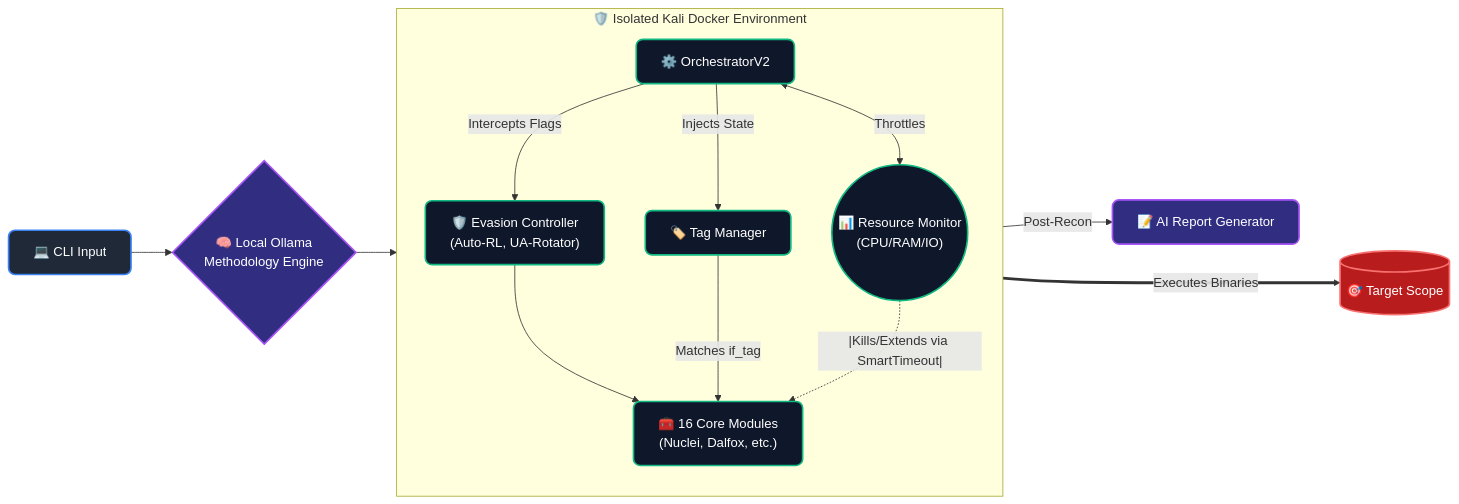
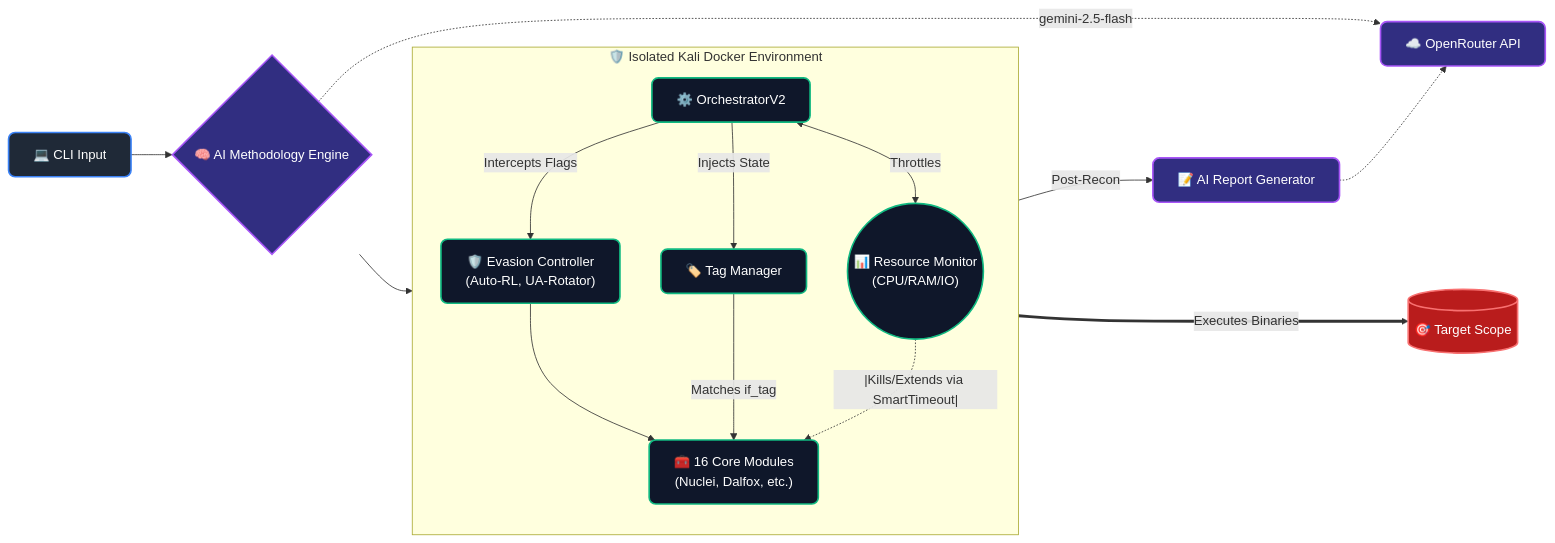
The first of 2 diagrams in README.md (HuntForgeHQ/huntforge), drawn with Mermaid before and after one commit. The commit also changed other lines of this file and 1 other file, not shown here.

Commit message:
docs: Correct AI provider to OpenRouter in README and requirements

````diff
--- a/README.md
+++ b/README.md
@@ -50,25 +50,27 @@
 ```mermaid
 flowchart LR
     %% Theming
     classDef control fill:#1f2937,stroke:#3b82f6,stroke-width:2px,color:#fff,rx:8,ry:8
     classDef ai fill:#312e81,stroke:#a855f7,stroke-width:2px,color:#fff,rx:8,ry:8
     classDef system fill:#0f172a,stroke:#10b981,stroke-width:2px,color:#fff,rx:8,ry:8
     classDef external fill:#b91c1c,stroke:#f87171,stroke-width:2px,color:#fff,rx:15,ry:15
 
     %% Nodes
-    A["💻 CLI Input"]:::control --> B{"🧠 Local Ollama\nMethodology Engine"}:::ai
+    A["💻 CLI Input"]:::control --> B{"🧠 AI Methodology Engine"}:::ai
     B --> C["⚙️ OrchestratorV2"]:::system
+    B -. "gemini-2.5-flash" .-> OR["☁️ OpenRouter API"]:::ai
     C --> |Post-Recon| Rep["📝 AI Report Generator"]:::ai
+    Rep -.-> OR
 
     subgraph DOCKER ["🛡️ Isolated Kali Docker Environment"]
         direction TB
         C <--> |Throttles| RM(("📊 Resource Monitor\n(CPU/RAM/IO)")):::system
         C --> |Injects State| TM["🏷️ Tag Manager"]:::system
         C --> |Intercepts Flags| Eva["🛡️ Evasion Controller\n(Auto-RL, UA-Rotator)"]:::system
         Eva --> Mod["🧰 16 Core Modules\n(Nuclei, Dalfox, etc.)"]:::system
         TM --> |Matches if_tag| Mod
         RM -. |Kills/Extends via SmartTimeout| .-> Mod
     end
 
     Mod ===>|Executes Binaries| Target[("🎯 Target Scope")]:::external
 ```
````
